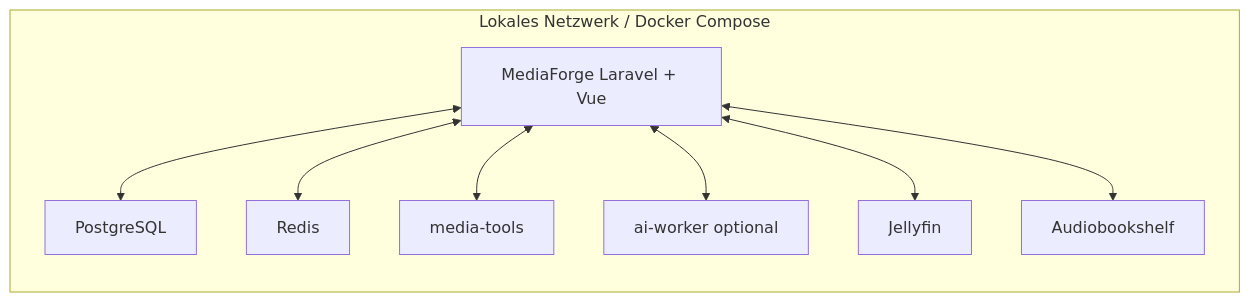
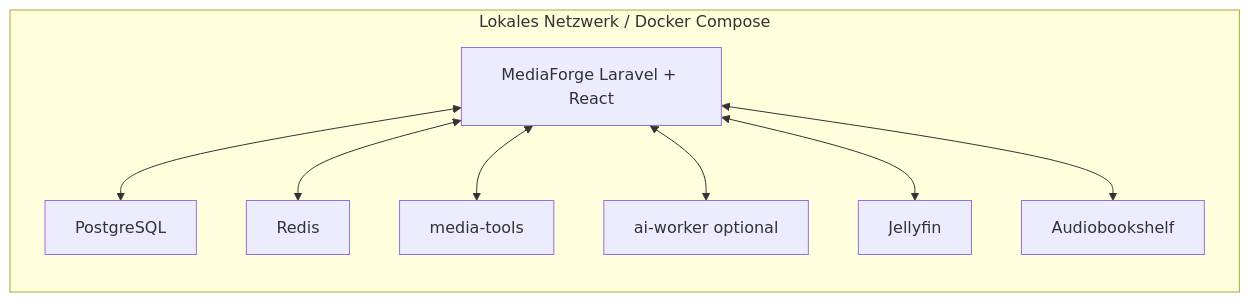
One commit to MediaForge-org/MediaForge changed the first of 3 diagrams in docs/MediaForge/architecture/overview.md. Above: the diagram before and after it, drawn with Mermaid. The commit also changed 45 other files, not shown here.

````diff
--- a/docs/MediaForge/architecture/overview.md
+++ b/docs/MediaForge/architecture/overview.md
@@ -5,18 +5,18 @@
 ```mermaid
 flowchart LR
     subgraph Local["Lokales Netzwerk / Docker Compose"]
-        U["MediaForge Laravel + Vue"]
+        U["MediaForge Laravel + React"]
         PG["PostgreSQL"]
         RD["Redis"]
         MT["media-tools"]
         AI["ai-worker optional"]
         JF["Jellyfin"]
         ABS["Audiobookshelf"]
     end
     U <--> PG
     U <--> RD
     U <--> MT
     U <--> AI
     U <--> JF
     U <--> ABS
 ```
````
